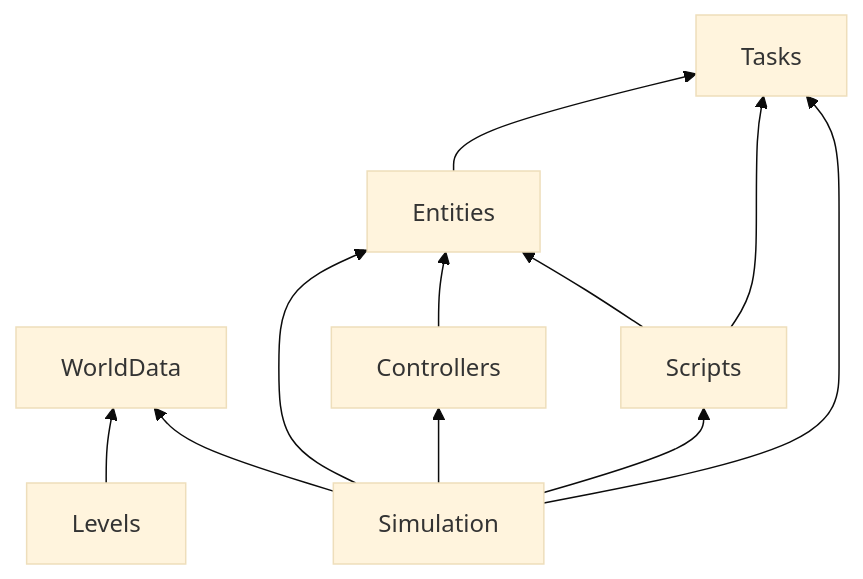
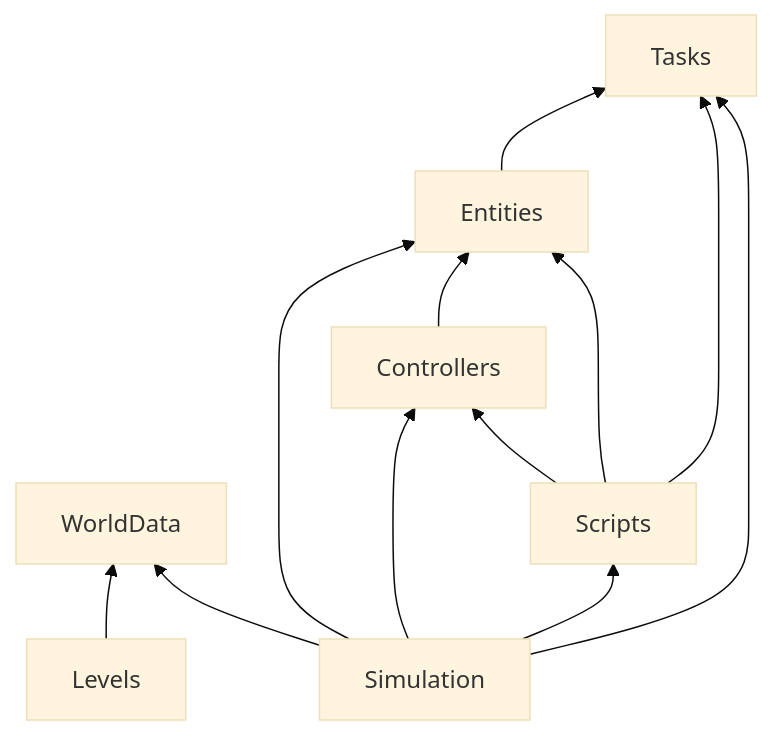
The diagram in src/BodyCheck.Core/architecture.md (therighttrousers/bodycheck), drawn with Mermaid (base theme) before and after one commit. The commit also changed other lines of this file and 44 other files, not shown here.

````diff
--- a/src/BodyCheck.Core/architecture.md
+++ b/src/BodyCheck.Core/architecture.md
@@ -49,13 +50,14 @@
 ```mermaid
 graph BT
     Controllers --> Entities
     Entities --> Tasks
     Levels --> WorldData
+    Scripts --> Controllers
     Scripts --> Entities
     Scripts --> Tasks
     Simulation --> WorldData
     Simulation --> Entities
     Simulation --> Controllers
     Simulation --> Scripts
     Simulation --> Tasks
 ```
````
